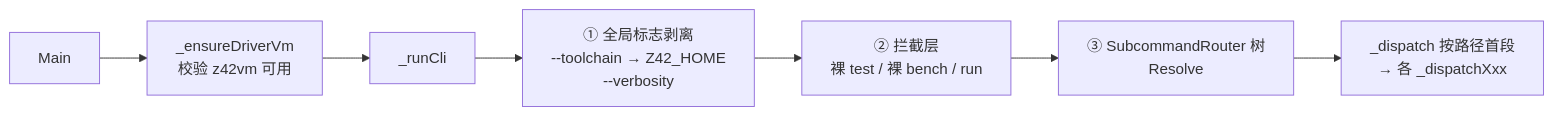
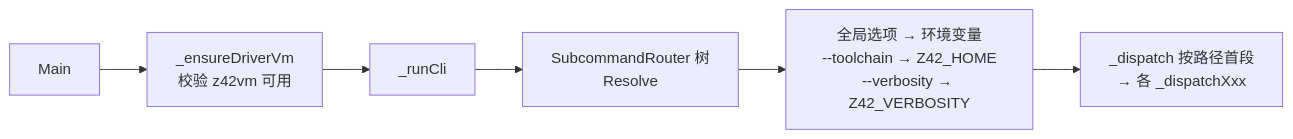
The first of 2 diagrams in docs/internals/src/devinfra/xtask.md (z42-lang/z42), drawn with Mermaid before and after one commit. The commit also changed other lines of this file and 16 other files, not shown here.

First line of the commit message:
refactor(xtask): CLI 入口去 shim——全局选项走 persistent、test/setup/bench 默认动作走 SetDefault；修 Z42_LIBS 进程级泄漏与两处 CI 过期

````diff
--- a/docs/internals/src/devinfra/xtask.md
+++ b/docs/internals/src/devinfra/xtask.md
@@ -62,9 +62,8 @@
 ```mermaid
 graph LR
     M[Main] --> E[_ensureDriverVm<br/>校验 z42vm 可用]
     E --> R[_runCli]
-    R --> T[① 全局标志剥离<br/>--toolchain → Z42_HOME<br/>--verbosity]
-    T --> I[② 拦截层<br/>裸 test / 裸 bench / run]
-    I --> RT[③ SubcommandRouter 树<br/>Resolve]
-    RT --> D[_dispatch 按路径首段<br/>→ 各 _dispatchXxx]
+    R --> RT[SubcommandRouter 树<br/>Resolve]
+    RT --> G[全局选项 → 环境变量<br/>--toolchain → Z42_HOME<br/>--verbosity → Z42_VERBOSITY]
+    G --> D[_dispatch 按路径首段<br/>→ 各 _dispatchXxx]
 ```
````
